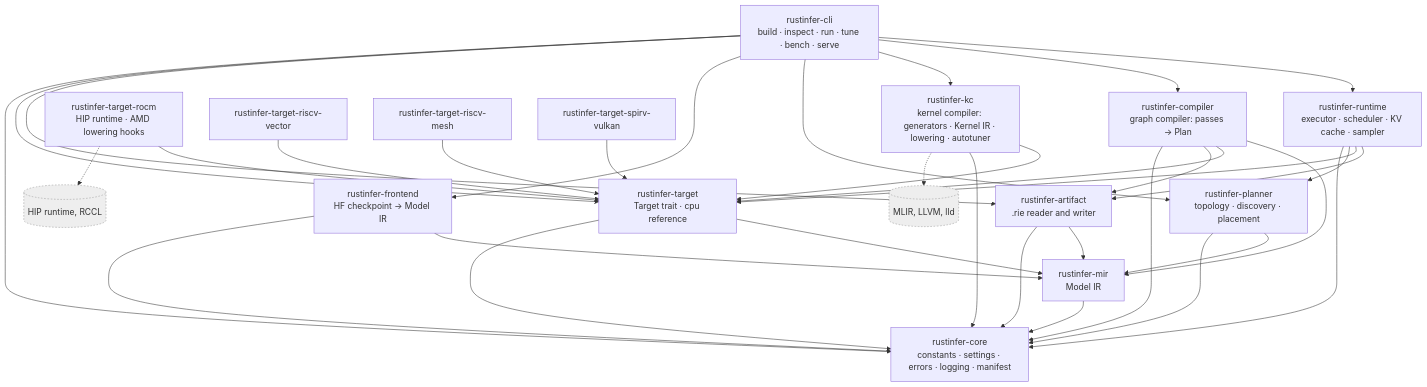
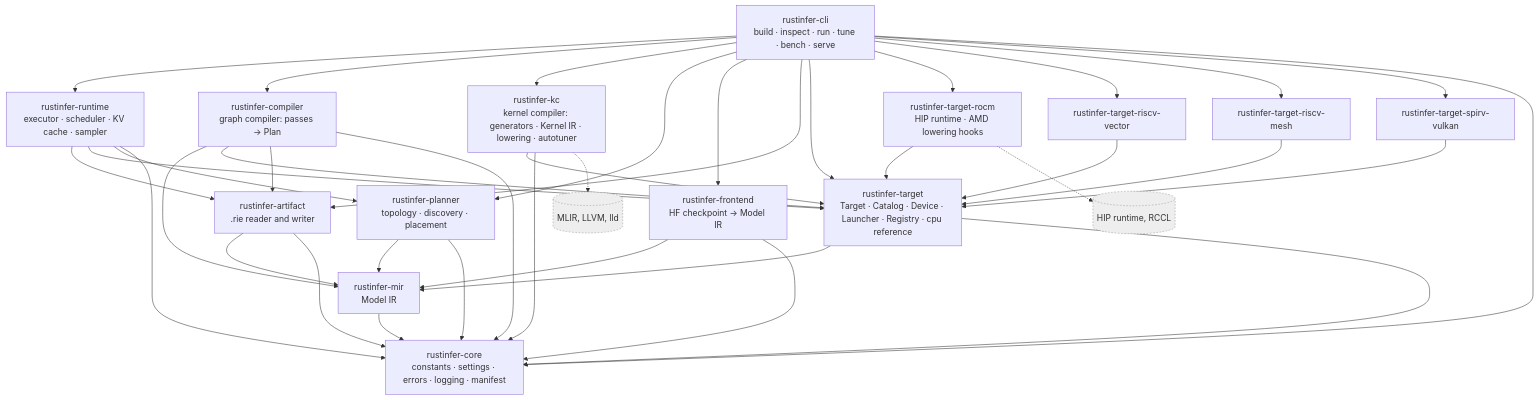
The first of 17 diagrams in content/design-diagrams.md (itej89/rustinfer-docs), drawn with Mermaid before and after one commit. The commit also changed other lines of this file and 21 other files, not shown here.

````diff
--- a/content/design-diagrams.md
+++ b/content/design-diagrams.md
@@ -24,55 +24,59 @@
 ```mermaid
 graph TD
     CLI[rustinfer-cli<br/>build · inspect · run · tune · bench · serve]
     RT[rustinfer-runtime<br/>executor · scheduler · KV cache · sampler]
     GC[rustinfer-compiler<br/>graph compiler: passes → Plan]
     KC[rustinfer-kc<br/>kernel compiler: generators · Kernel IR · lowering · autotuner]
     PLN[rustinfer-planner<br/>topology · discovery · placement]
     FE[rustinfer-frontend<br/>HF checkpoint → Model IR]
     ART[rustinfer-artifact<br/>.rie reader and writer]
-    TGT[rustinfer-target<br/>Target trait · cpu reference]
+    TGT[rustinfer-target<br/>Target · Catalog · Device · Launcher · Registry · cpu reference]
     ROCM[rustinfer-target-rocm<br/>HIP runtime · AMD lowering hooks]
     RVV[rustinfer-target-riscv-vector]
     MESH[rustinfer-target-riscv-mesh]
     SPV[rustinfer-target-spirv-vulkan]
     MIR[rustinfer-mir<br/>Model IR]
     CORE[rustinfer-core<br/>constants · settings · errors · logging · manifest]
 
     CLI --> RT
     CLI --> GC
     CLI --> KC
     CLI --> PLN
     CLI --> FE
     CLI --> ART
     CLI --> TGT
+    CLI --> ROCM
+    CLI --> RVV
+    CLI --> MESH
+    CLI --> SPV
     RT --> ART
     RT --> TGT
     RT --> PLN
     GC --> MIR
     GC --> TGT
     GC --> ART
     KC --> TGT
     PLN --> MIR
     FE --> MIR
     ART --> MIR
     TGT --> MIR
     ROCM --> TGT
     RVV --> TGT
     MESH --> TGT
     SPV --> TGT
     MIR --> CORE
     TGT --> CORE
     KC --> CORE
     PLN --> CORE
     ART --> CORE
     FE --> CORE
     RT --> CORE
     GC --> CORE
     CLI --> CORE
 
     HIP[(HIP runtime, RCCL)]:::ext
     MLIR[(MLIR, LLVM, lld)]:::ext
     ROCM -.-> HIP
     KC -.-> MLIR
     classDef ext fill:#eee,stroke:#999,stroke-dasharray: 3 3
 ```
````
